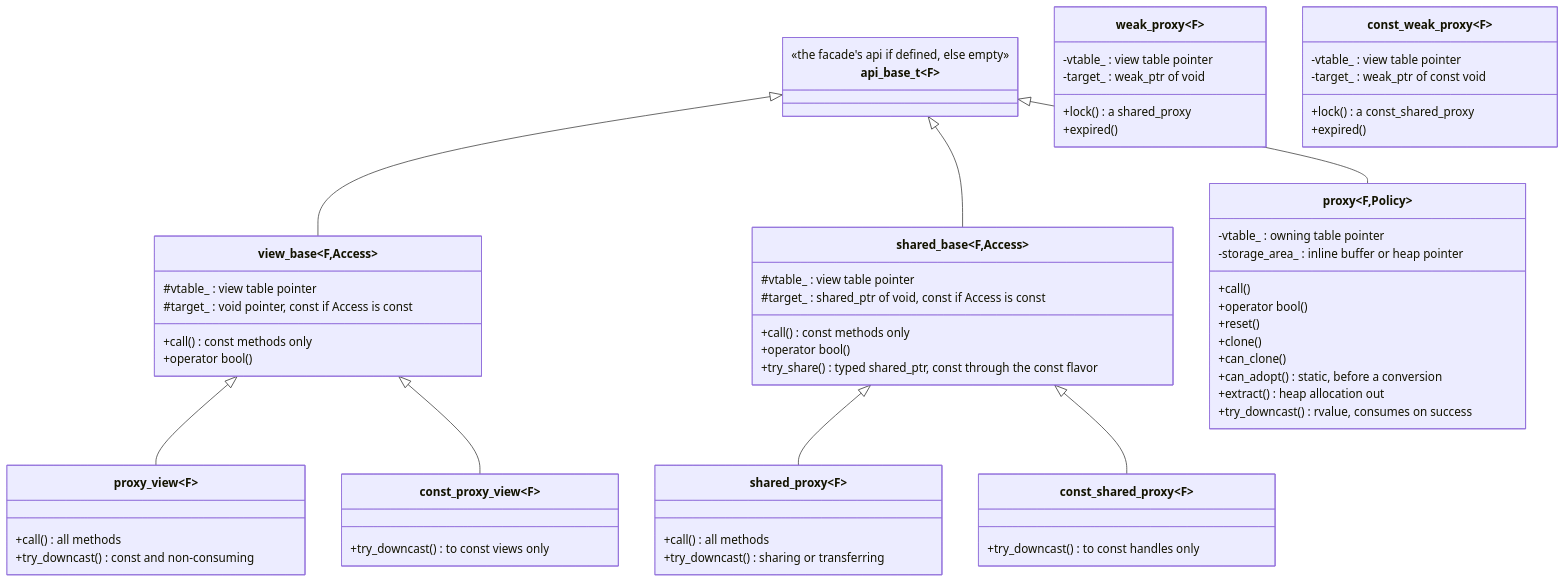
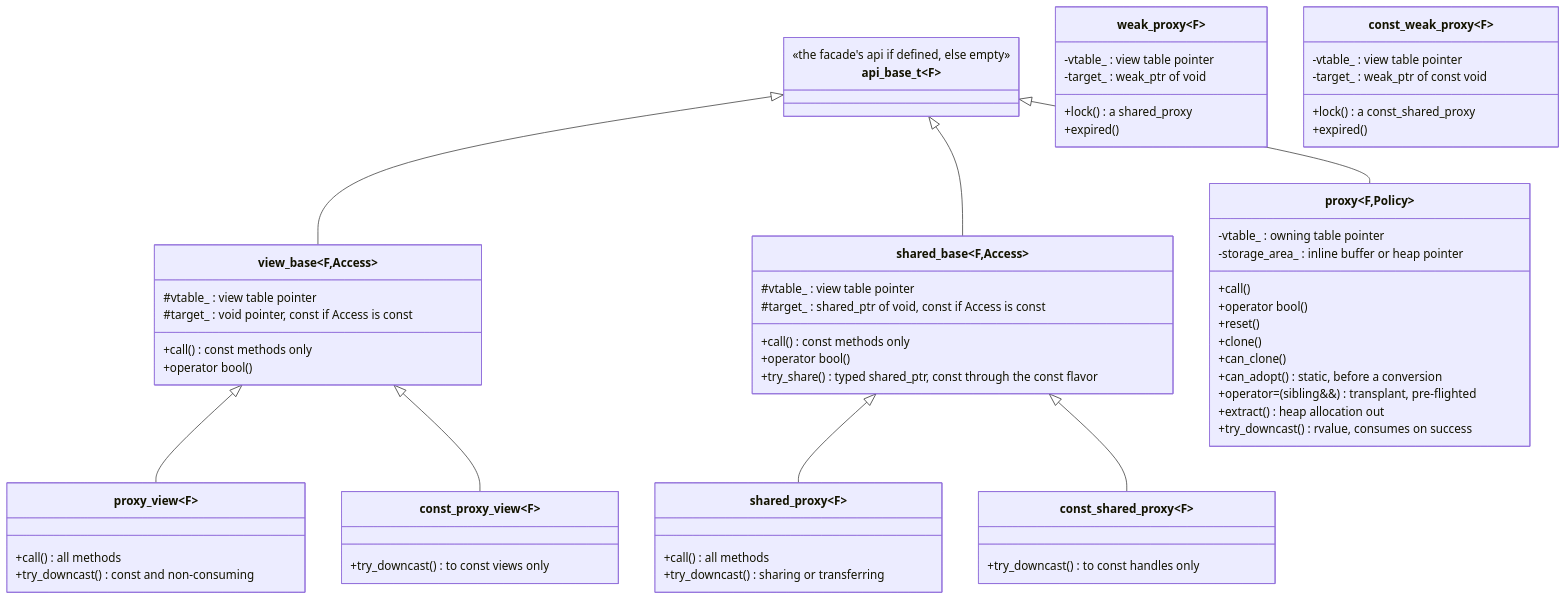
The second of 8 diagrams in corvid/meta/invoke/proxy.md (stevensudit/Corvid), drawn with Mermaid before and after one commit. The commit also changed other lines of this file and 2 other files, not shown here.

````diff
--- a/corvid/meta/invoke/proxy.md
+++ b/corvid/meta/invoke/proxy.md
@@ -952,64 +952,65 @@
 ```mermaid
 classDiagram
     class api_base_t~F~ {
         <<the facade's api if defined, else empty>>
     }
     class view_base~F,Access~ {
         #vtable_ : view table pointer
         #target_ : void pointer, const if Access is const
         +call() const methods only
         +operator bool()
     }
     class shared_base~F,Access~ {
         #vtable_ : view table pointer
         #target_ : shared_ptr of void, const if Access is const
         +call() const methods only
         +operator bool()
         +try_share() typed shared_ptr, const through the const flavor
     }
     class proxy_view~F~ {
         +call() all methods
         +try_downcast() const and non-consuming
     }
     class const_proxy_view~F~ {
         +try_downcast() to const views only
     }
     class proxy~F,Policy~ {
         -vtable_ : owning table pointer
         -storage_area_ : inline buffer or heap pointer
         +call()
         +operator bool()
         +reset()
         +clone()
         +can_clone()
         +can_adopt() static, before a conversion
+        +operator=(sibling&&) transplant, pre-flighted
         +extract() heap allocation out
         +try_downcast() rvalue, consumes on success
     }
     class shared_proxy~F~ {
         +call() all methods
         +try_downcast() sharing or transferring
     }
     class const_shared_proxy~F~ {
         +try_downcast() to const handles only
     }
     class weak_proxy~F~ {
         -vtable_ : view table pointer
         -target_ : weak_ptr of void
         +lock() a shared_proxy
         +expired()
     }
     class const_weak_proxy~F~ {
         -vtable_ : view table pointer
         -target_ : weak_ptr of const void
         +lock() a const_shared_proxy
         +expired()
     }
     api_base_t <|-- view_base
     view_base <|-- proxy_view
     view_base <|-- const_proxy_view
     api_base_t <|-- proxy
     api_base_t <|-- shared_base
     shared_base <|-- shared_proxy
     shared_base <|-- const_shared_proxy
 ```
````
